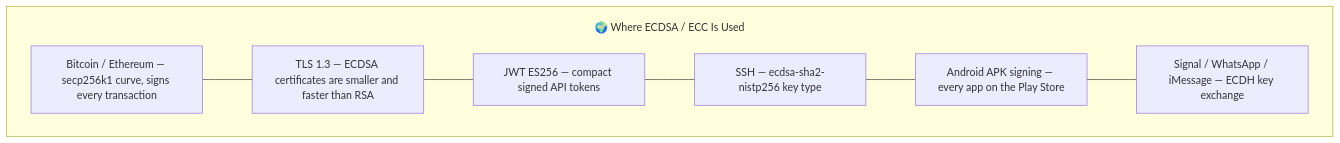
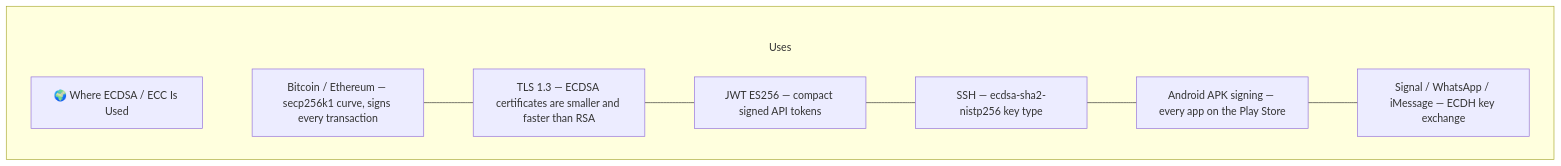
One commit to csoares/SecurityJava changed the third of 4 diagrams in src/main/java/security/ecc/README.md. Above: the diagram before and after it, drawn with Mermaid. The commit also changed other lines of this file and 11 other files, not shown here.

Commit message:
Fix Mermaid subgraph title overlap by moving labels into title nodes Replace subgraph label syntax (which overlaps first node) with explicit title nodes inside each subgraph, connected via invisible edges (~~~). Also increase subGraphTitleMargin top padding from 20 to 50 for extra space.

````diff
--- a/src/main/java/security/ecc/README.md
+++ b/src/main/java/security/ecc/README.md
@@ -69,13 +77,15 @@
 ```mermaid
-%%{init: {'flowchart': {'subGraphTitleMargin': {'top': 20, 'bottom': 5}}}}%%
+%%{init: {'flowchart': {'subGraphTitleMargin': {'top': 50, 'bottom': 10}}}}%%
 flowchart TD
-    subgraph Uses ["🌍 Where ECDSA / ECC Is Used"]
+    subgraph Uses
+        T_Uses["🌍 Where ECDSA / ECC Is Used"]
+        T_Uses ~~~ U1
         U1["Bitcoin / Ethereum — secp256k1 curve, signs every transaction"]
         U2["TLS 1.3 — ECDSA certificates are smaller and faster than RSA"]
         U3["JWT ES256 — compact signed API tokens"]
         U4["SSH — ecdsa-sha2-nistp256 key type"]
         U5["Android APK signing — every app on the Play Store"]
         U6["Signal / WhatsApp / iMessage — ECDH key exchange"]
         U1 --- U2 --- U3 --- U4 --- U5 --- U6
     end
 ```
````
